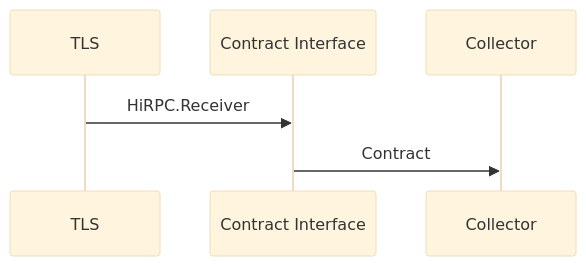
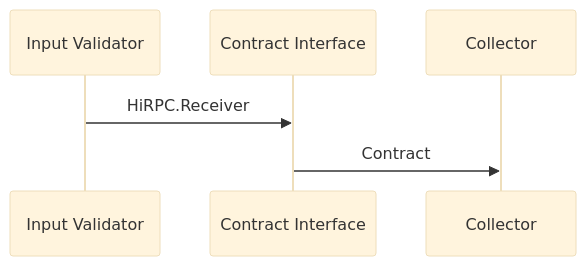
The diagram in documents/architecture/ContractVerifier.md (tagion/tagion), drawn with Mermaid (base theme) before and after one commit. The commit also changed other lines of this file and 2 other files, not shown here.

Commit message:
WIP: DataPackage.md added

````diff
--- a/documents/architecture/ContractVerifier.md
+++ b/documents/architecture/ContractVerifier.md
@@ -23,8 +23,8 @@
 ```mermaid
 sequenceDiagram
-    participant TLS
+    participant Input Validator 
     participant Contract Interface
     participant Collector
-    TLS->>Contract Interface: HiRPC.Receiver
+    Input Validator->>Contract Interface: HiRPC.Receiver
     Contract Interface->>Collector: Contract
 ```
````
